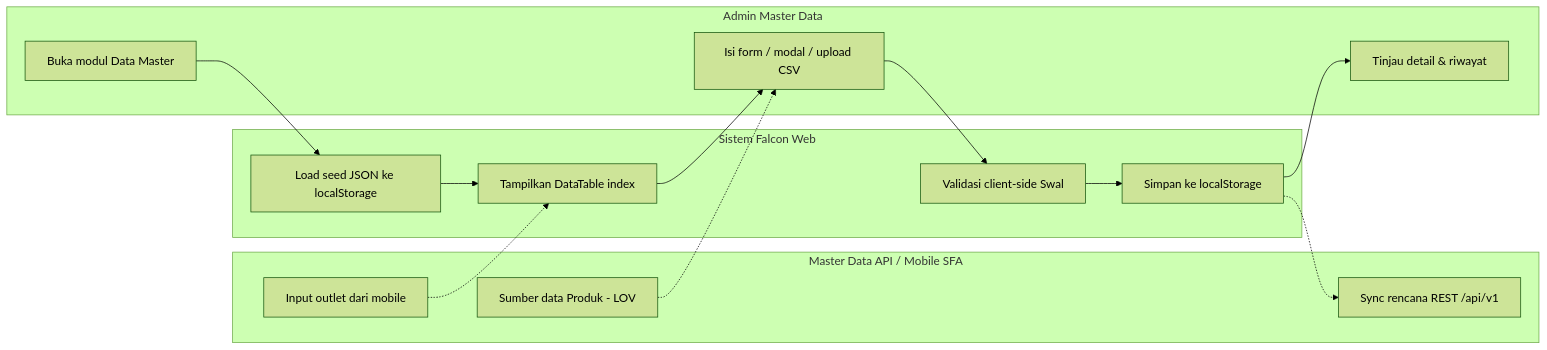
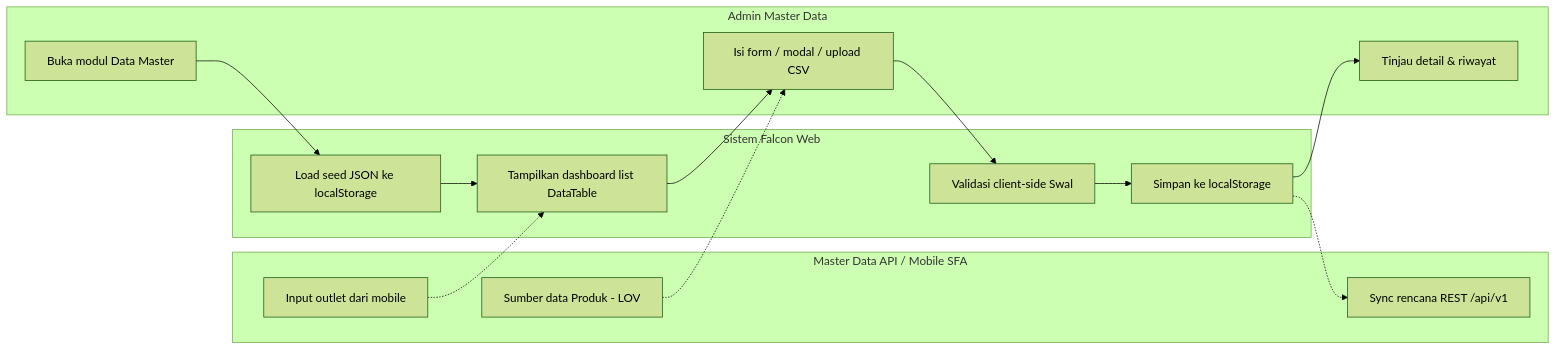
The first of 2 diagrams in wwwroot/document/FSD/FalconWebPortal/source/FSD_Falcon_Web_MasterData_v1.0.md (Agengkurnia/prototype-falcon-fprs-web), drawn with Mermaid (forest theme) before and after one commit. The commit also changed other lines of this file and 182 other files, not shown here.

````diff
--- a/wwwroot/document/FSD/FalconWebPortal/source/FSD_Falcon_Web_MasterData_v1.0.md
+++ b/wwwroot/document/FSD/FalconWebPortal/source/FSD_Falcon_Web_MasterData_v1.0.md
@@ -113,23 +116,23 @@
 ```mermaid
 flowchart LR
   subgraph L1[Admin Master Data]
     A1[Buka modul Data Master]
     A2[Isi form / modal / upload CSV]
     A3[Tinjau detail & riwayat]
   end
   subgraph L2[Sistem Falcon Web]
     B1[Load seed JSON ke localStorage]
-    B2[Tampilkan DataTable index]
+    B2[Tampilkan dashboard list DataTable]
     B3[Validasi client-side Swal]
     B4[Simpan ke localStorage]
   end
   subgraph L3[Master Data API / Mobile SFA]
     C1[Sumber data Produk - LOV]
     C2[Input outlet dari mobile]
     C3[Sync rencana REST /api/v1]
   end
   A1 --> B1 --> B2 --> A2 --> B3 --> B4 --> A3
   C1 -.-> A2
   C2 -.-> B2
   B4 -.-> C3
 ```
````
